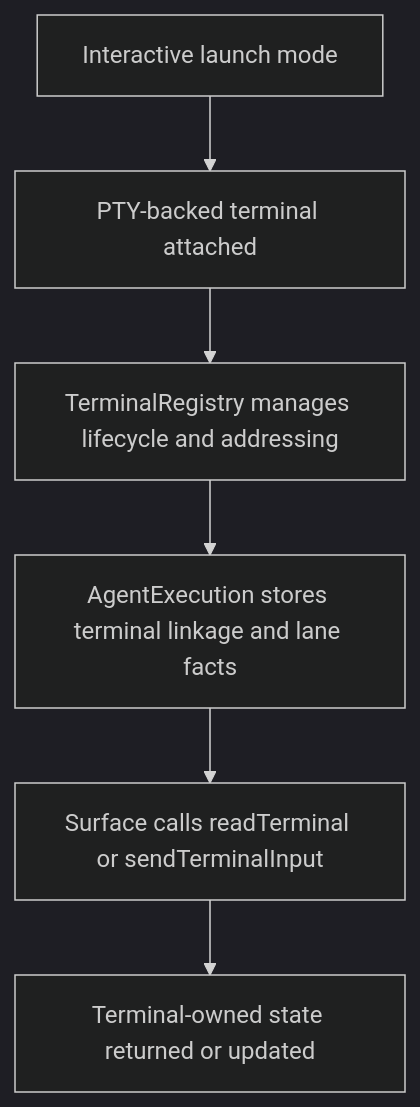
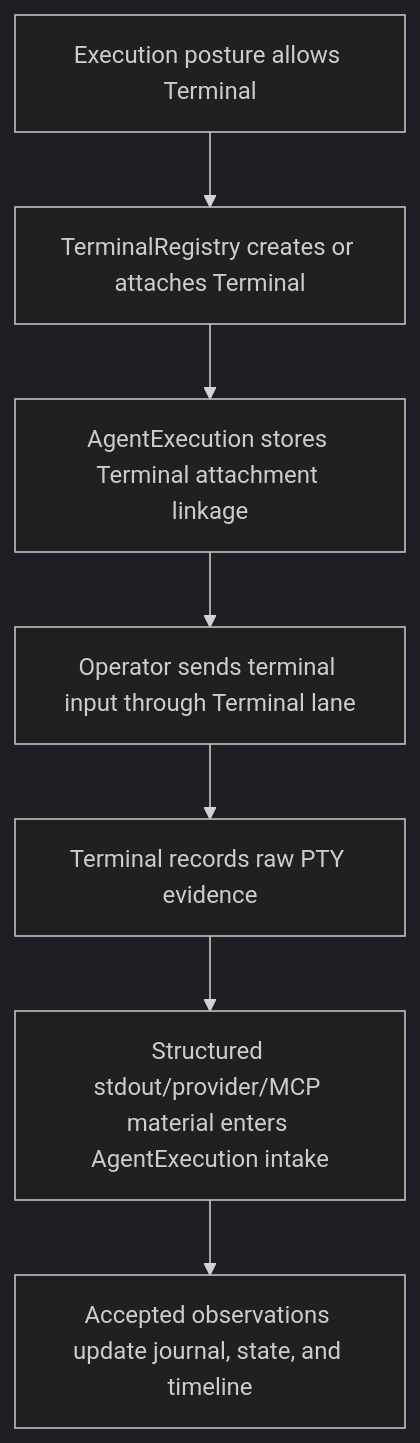
Before and after one commit to Flying-Pillow/open-mission: the fifth of 5 diagrams in docs/architecture/entities/agent-execution.md, drawn with Mermaid (dark theme). The commit also changed other lines of this file and 251 other files, not shown here.

````diff
--- a/docs/architecture/entities/agent-execution.md
+++ b/docs/architecture/entities/agent-execution.md
@@ -182,8 +599,9 @@
 ```mermaid
 flowchart TD
-  A[Interactive launch mode] --> B[PTY-backed terminal attached]
-  B --> C[TerminalRegistry manages lifecycle and addressing]
-  C --> D[AgentExecution stores terminal linkage and lane facts]
-  D --> E[Surface calls readTerminal or sendTerminalInput]
-  E --> F[Terminal-owned state returned or updated]
+  A[Execution posture allows Terminal] --> B[TerminalRegistry creates or attaches Terminal]
+  B --> C[AgentExecution stores Terminal attachment linkage]
+  C --> D[Operator sends terminal input through Terminal lane]
+  D --> E[Terminal records raw PTY evidence]
+  E --> F[Structured stdout/provider/MCP material enters AgentExecution intake]
+  F --> G[Accepted observations update journal, state, and timeline]
 ```
````
